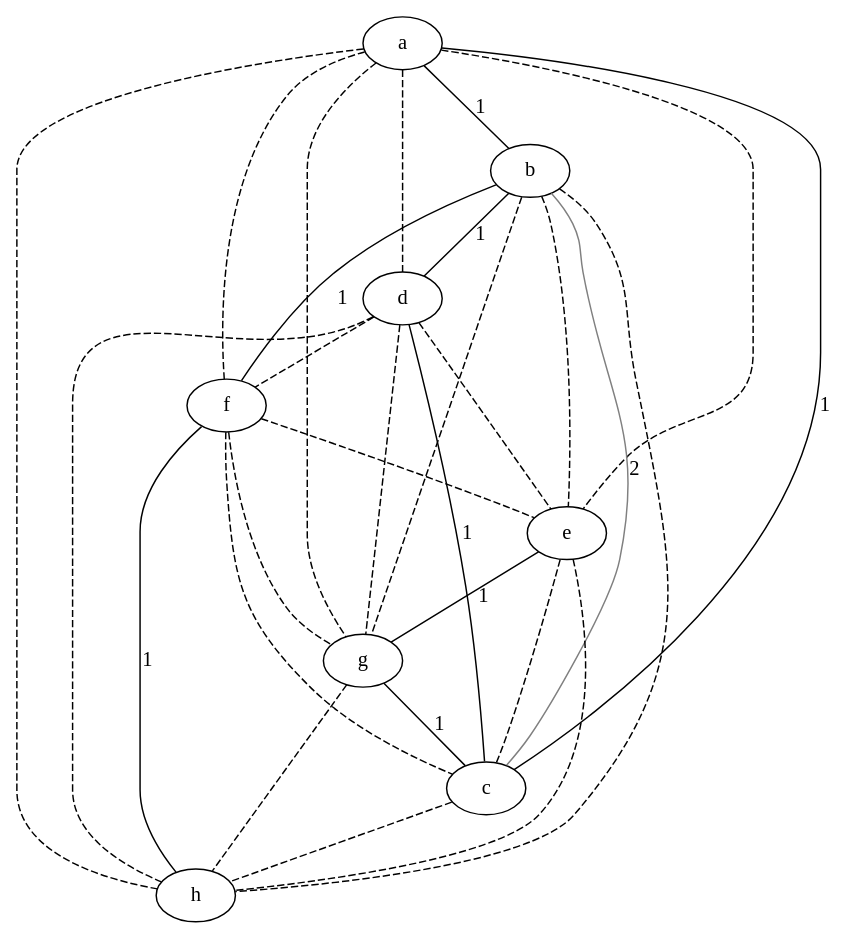
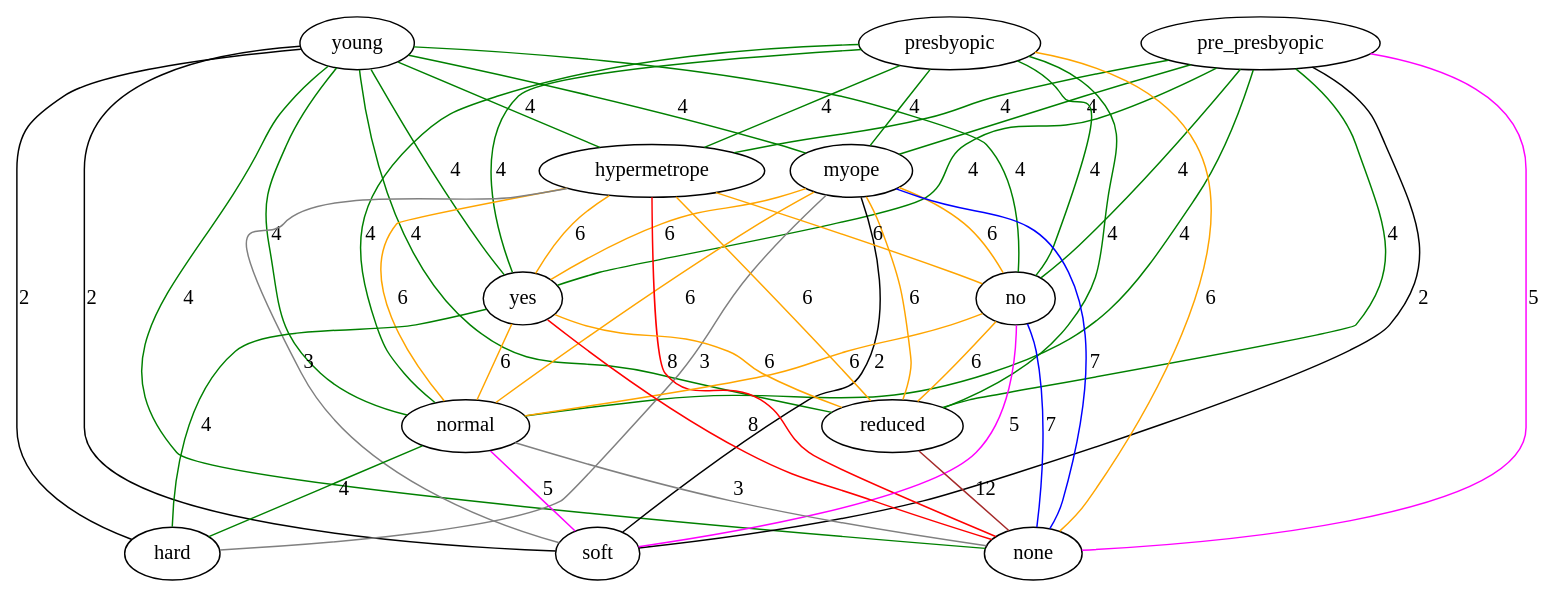
One commit to lrodrin/TFG changed the diagram in src/extension/linearGraph.dot. Above: the diagram before and after it, drawn with Graphviz. The commit also changed 12 other files, not shown here.

```diff
--- a/src/extension/linearGraph.dot
+++ b/src/extension/linearGraph.dot
@@ -1,38 +1,63 @@
 strict graph "" {
-a;
-b;
-d;
-f;
-e;
-g;
-c;
-h;
-a -- b  [color=black, label=1, style=solid];
-a -- d  [color=black, style=dashed];
-a -- f  [color=black, style=dashed];
-a -- e  [color=black, style=dashed];
-a -- g  [color=black, style=dashed];
-a -- c  [color=black, label=1, style=solid];
-a -- h  [color=black, style=dashed];
-b -- d  [color=black, label=1, style=solid];
-b -- f  [color=black, label=1, style=solid];
-b -- e  [color=black, style=dashed];
-b -- g  [color=black, style=dashed];
-b -- c  [color=grey, label=2, style=solid];
-b -- h  [color=black, style=dashed];
-d -- f  [color=black, style=dashed];
-d -- e  [color=black, style=dashed];
-d -- g  [color=black, style=dashed];
-d -- c  [color=black, label=1, style=solid];
-d -- h  [color=black, style=dashed];
-f -- e  [color=black, style=dashed];
-f -- g  [color=black, style=dashed];
-f -- c  [color=black, style=dashed];
-f -- h  [color=black, label=1, style=solid];
-e -- g  [color=black, label=1, style=solid];
-e -- c  [color=black, style=dashed];
-e -- h  [color=black, style=dashed];
-g -- c  [color=black, label=1, style=solid];
-g -- h  [color=black, style=dashed];
-c -- h  [color=black, style=dashed];
+young;
+pre_presbyopic;
+presbyopic;
+myope;
+hypermetrope;
+no;
+yes;
+reduced;
+normal;
+none;
+soft;
+hard;
+young -- myope  [color=green, label=4, style=solid];
+young -- hypermetrope  [color=green, label=4, style=solid];
+young -- no  [color=green, label=4, style=solid];
+young -- yes  [color=green, label=4, style=solid];
+young -- reduced  [color=green, label=4, style=solid];
+young -- normal  [color=green, label=4, style=solid];
+young -- none  [color=green, label=4, style=solid];
+young -- soft  [color=black, label=2, style=solid];
+young -- hard  [color=black, label=2, style=solid];
+pre_presbyopic -- myope  [color=green, label=4, style=solid];
+pre_presbyopic -- hypermetrope  [color=green, label=4, style=solid];
+pre_presbyopic -- no  [color=green, label=4, style=solid];
+pre_presbyopic -- yes  [color=green, label=4, style=solid];
+pre_presbyopic -- reduced  [color=green, label=4, style=solid];
+pre_presbyopic -- normal  [color=green, label=4, style=solid];
+pre_presbyopic -- none  [color=magenta, label=5, style=solid];
+pre_presbyopic -- soft  [color=black, label=2, style=solid];
+presbyopic -- myope  [color=green, label=4, style=solid];
+presbyopic -- hypermetrope  [color=green, label=4, style=solid];
+presbyopic -- no  [color=green, label=4, style=solid];
+presbyopic -- yes  [color=green, label=4, style=solid];
+presbyopic -- reduced  [color=green, label=4, style=solid];
+presbyopic -- normal  [color=green, label=4, style=solid];
+presbyopic -- none  [color=orange, label=6, style=solid];
+myope -- no  [color=orange, label=6, style=solid];
+myope -- yes  [color=orange, label=6, style=solid];
+myope -- reduced  [color=orange, label=6, style=solid];
+myope -- normal  [color=orange, label=6, style=solid];
+myope -- none  [color=blue, label=7, style=solid];
+myope -- soft  [color=black, label=2, style=solid];
+myope -- hard  [color=grey, label=3, style=solid];
+hypermetrope -- no  [color=orange, label=6, style=solid];
+hypermetrope -- yes  [color=orange, label=6, style=solid];
+hypermetrope -- reduced  [color=orange, label=6, style=solid];
+hypermetrope -- normal  [color=orange, label=6, style=solid];
+hypermetrope -- none  [color=red, label=8, style=solid];
+hypermetrope -- soft  [color=grey, label=3, style=solid];
+no -- reduced  [color=orange, label=6, style=solid];
+no -- normal  [color=orange, label=6, style=solid];
+no -- none  [color=blue, label=7, style=solid];
+no -- soft  [color=magenta, label=5, style=solid];
+yes -- reduced  [color=orange, label=6, style=solid];
+yes -- normal  [color=orange, label=6, style=solid];
+yes -- none  [color=red, label=8, style=solid];
+yes -- hard  [color=green, label=4, style=solid];
+reduced -- none  [color=brown, label=12, style=solid];
+normal -- none  [color=grey, label=3, style=solid];
+normal -- soft  [color=magenta, label=5, style=solid];
+normal -- hard  [color=green, label=4, style=solid];
 }
```
